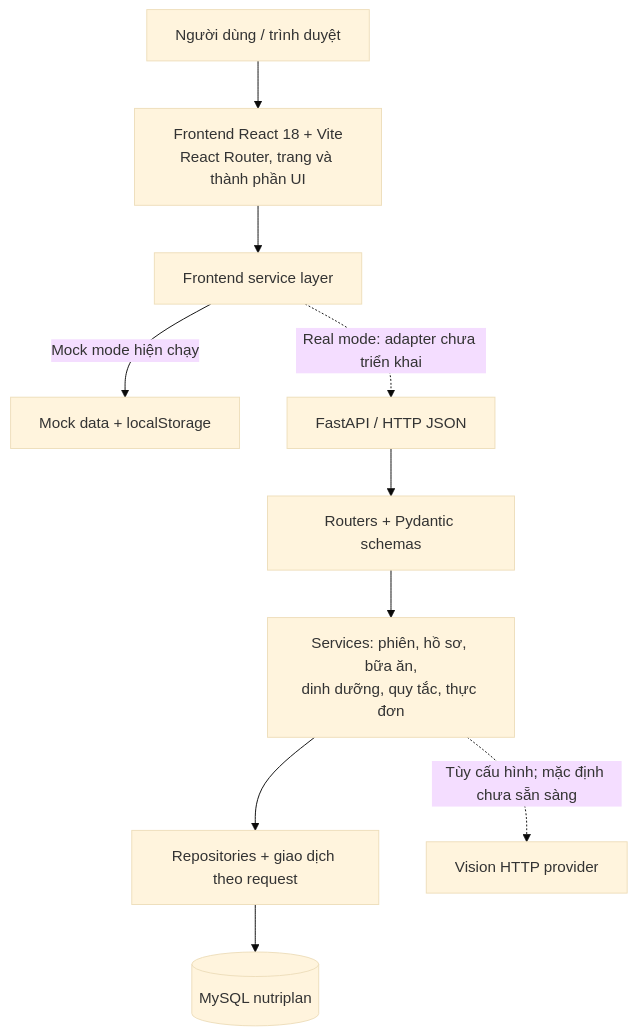
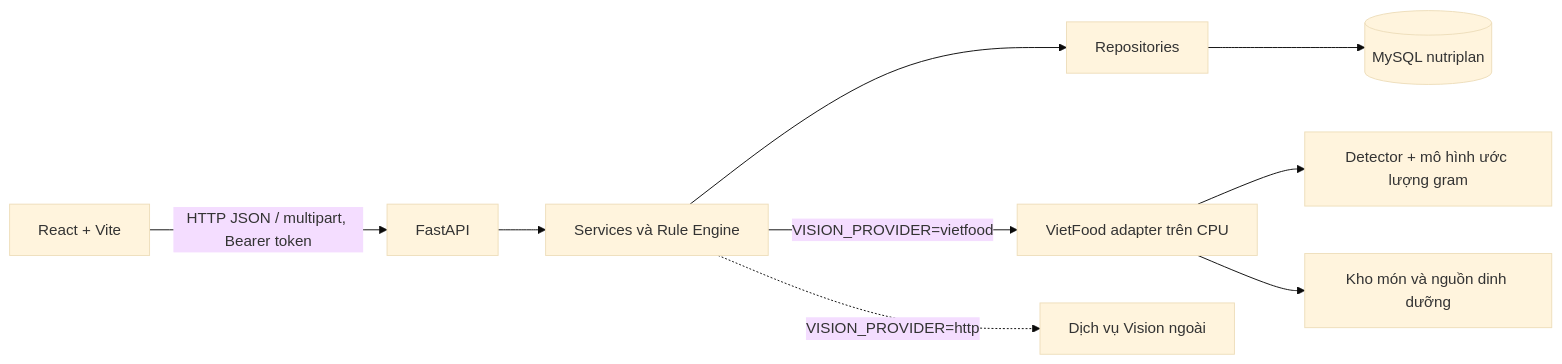
One commit to hoanganhcq/nutriplan changed the diagram in docs/architecture/system-architecture.md. Above: the diagram before and after it, drawn with Mermaid (base theme). The commit also changed other lines of this file and 6 other files, not shown here.

````diff
--- a/docs/architecture/system-architecture.md
+++ b/docs/architecture/system-architecture.md
@@ -9,12 +7,11 @@
 ```mermaid
-flowchart TB
-    U[Người dùng / trình duyệt] --> F[Frontend React 18 + Vite<br/>React Router, trang và thành phần UI]
-    F --> S[Frontend service layer]
-    S -->|Mock mode hiện chạy| M[Mock data + localStorage]
-    S -.->|Real mode: adapter chưa triển khai| R[FastAPI / HTTP JSON]
-    R --> RT[Routers + Pydantic schemas]
-    RT --> SV[Services: phiên, hồ sơ, bữa ăn,<br/>dinh dưỡng, quy tắc, thực đơn]
-    SV --> RP[Repositories + giao dịch theo request]
-    RP --> DB[(MySQL nutriplan)]
-    SV -.->|Tùy cấu hình; mặc định chưa sẵn sàng| V[Vision HTTP provider]
+flowchart LR
+    Web[React + Vite] -->|HTTP JSON / multipart, Bearer token| API[FastAPI]
+    API --> Services[Services và Rule Engine]
+    Services --> Repos[Repositories]
+    Repos --> DB[(MySQL nutriplan)]
+    Services -->|VISION_PROVIDER=vietfood| VF[VietFood adapter trên CPU]
+    VF --> Model[Detector + mô hình ước lượng gram]
+    VF --> KB[Kho món và nguồn dinh dưỡng]
+    Services -.->|VISION_PROVIDER=http| Vision[Dịch vụ Vision ngoài]
 ```
````
